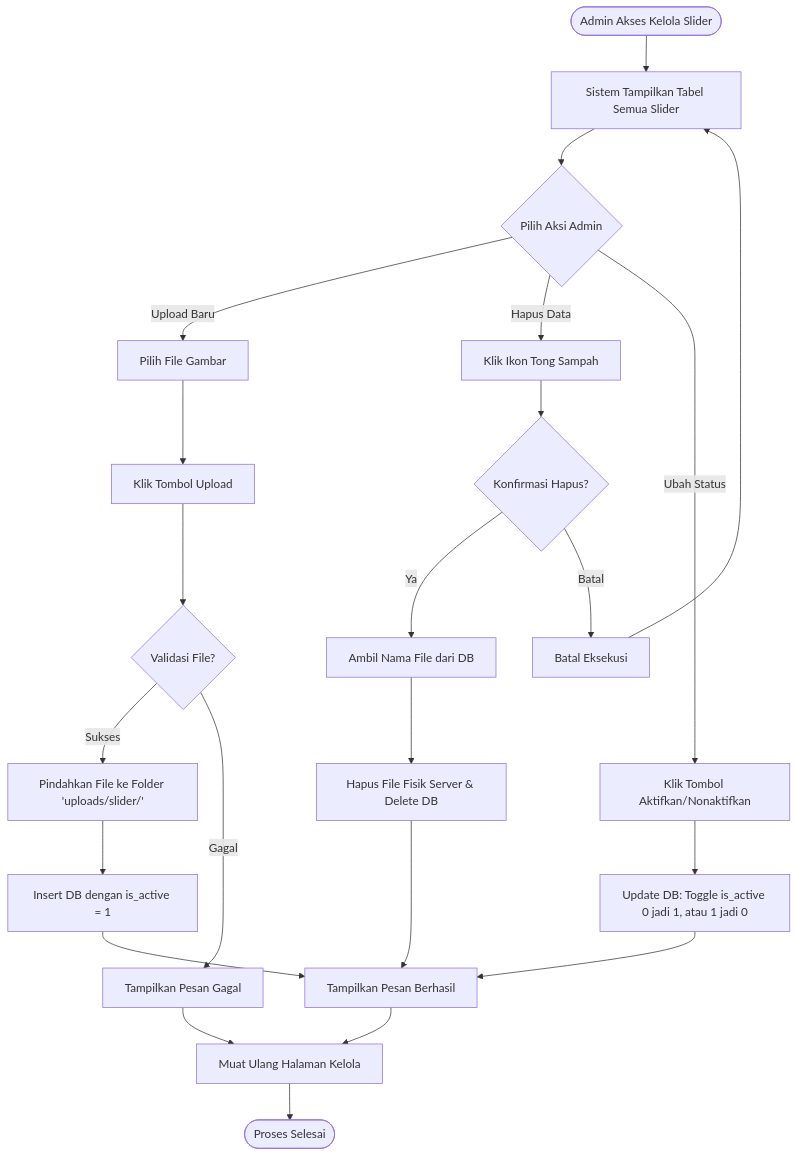
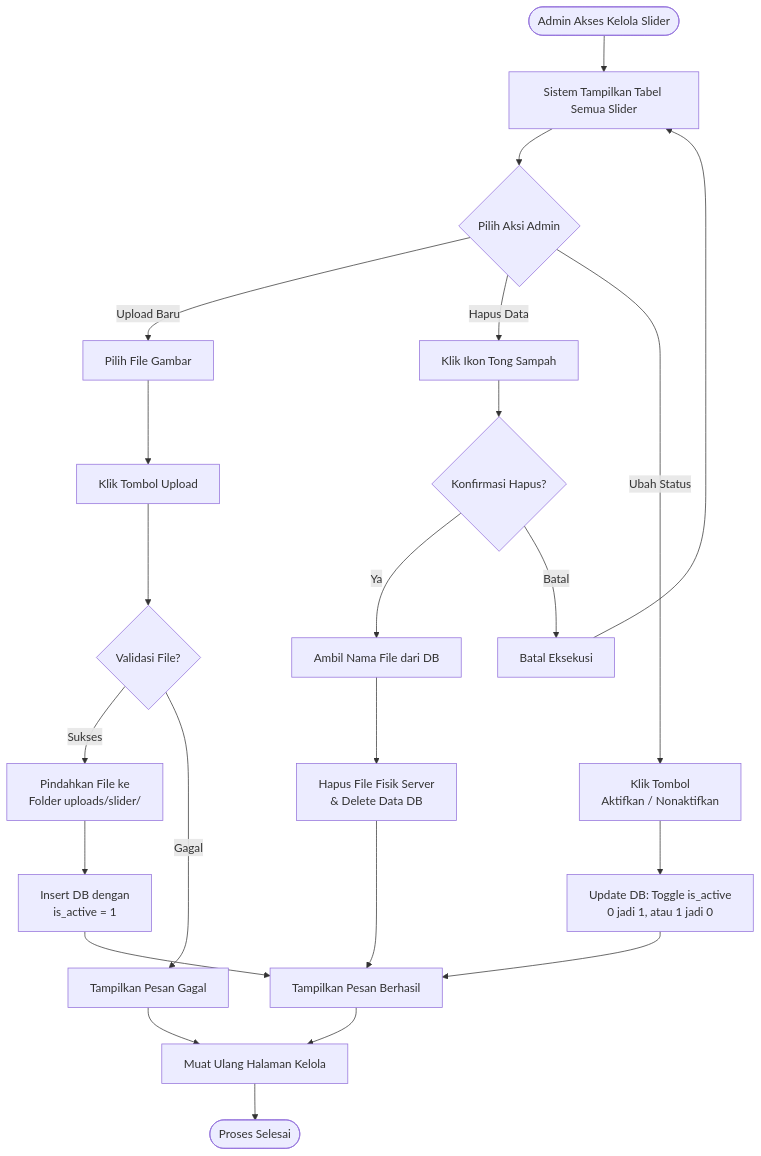
Before and after one commit to arbain-dev/Web_fikom: the second of 2 diagrams in docs/activity_diagram_slider.md, drawn with Mermaid. The commit also changed other lines of this file, not shown here.

Commit message:
docs: perbaiki teks terpotong dengan word-wrap br pada diagram slider

````diff
--- a/docs/activity_diagram_slider.md
+++ b/docs/activity_diagram_slider.md
@@ -45,33 +45,33 @@
 ```mermaid
 flowchart TD
-    Start(["Admin Akses Kelola Slider"]) --> ShowTable["Sistem Tampilkan Tabel Semua Slider"]
+    Start([Admin Akses Kelola Slider]) --> ShowTable[Sistem Tampilkan Tabel Semua Slider]
     
-    ShowTable --> Action{"Pilih Aksi Admin"}
+    ShowTable --> Action{Pilih Aksi Admin}
     
     %% Alur Upload / Tambah Baru
-    Action -- "Upload Baru" --> SelectFile["Pilih File Gambar"]
-    SelectFile --> UploadSubmit["Klik Tombol Upload"]
-    UploadSubmit --> Validation{"Validasi File?"}
-    Validation -- "Sukses" --> CopyFile["Pindahkan File ke Folder 'uploads/slider/'"]
-    CopyFile --> InsertDB["Insert DB dengan is_active = 1"]
-    InsertDB --> NoticeSuccess["Tampilkan Pesan Berhasil"]
-    Validation -- "Gagal" --> NoticeFail["Tampilkan Pesan Gagal"]
+    Action -- Upload Baru --> SelectFile[Pilih File Gambar]
+    SelectFile --> UploadSubmit[Klik Tombol Upload]
+    UploadSubmit --> Validation{Validasi File?}
+    Validation -- Sukses --> CopyFile[Pindahkan File ke<br>Folder uploads/slider/]
+    CopyFile --> InsertDB[Insert DB dengan<br>is_active = 1]
+    InsertDB --> NoticeSuccess[Tampilkan Pesan Berhasil]
+    Validation -- Gagal --> NoticeFail[Tampilkan Pesan Gagal]
     
     %% Alur Hapus
-    Action -- "Hapus Data" --> ClickDelete["Klik Ikon Tong Sampah"]
-    ClickDelete --> ConfirmDelete{"Konfirmasi Hapus?"}
-    ConfirmDelete -- "Ya" --> FetchImage["Ambil Nama File dari DB"]
-    FetchImage --> Unlink["Hapus File Fisik Server & Delete DB"]
+    Action -- Hapus Data --> ClickDelete[Klik Ikon Tong Sampah]
+    ClickDelete --> ConfirmDelete{Konfirmasi Hapus?}
+    ConfirmDelete -- Ya --> FetchImage[Ambil Nama File dari DB]
+    FetchImage --> Unlink[Hapus File Fisik Server<br>& Delete Data DB]
     Unlink --> NoticeSuccess
-    ConfirmDelete -- "Batal" --> CancelAction["Batal Eksekusi"]
+    ConfirmDelete -- Batal --> CancelAction[Batal Eksekusi]
     
     %% Alur Toggle Status
-    Action -- "Ubah Status" --> ClickToggle["Klik Tombol Aktifkan/Nonaktifkan"]
-    ClickToggle --> UpdateStatus["Update DB: Toggle is_active 0 jadi 1, atau 1 jadi 0"]
+    Action -- Ubah Status --> ClickToggle[Klik Tombol<br>Aktifkan / Nonaktifkan]
+    ClickToggle --> UpdateStatus[Update DB: Toggle is_active<br>0 jadi 1, atau 1 jadi 0]
     UpdateStatus --> NoticeSuccess
     
-    NoticeSuccess --> Refresh["Muat Ulang Halaman Kelola"]
+    NoticeSuccess --> Refresh[Muat Ulang Halaman Kelola]
     NoticeFail --> Refresh
     CancelAction --> ShowTable
-    Refresh --> End(["Proses Selesai"])
+    Refresh --> End([Proses Selesai])
 ```
````
